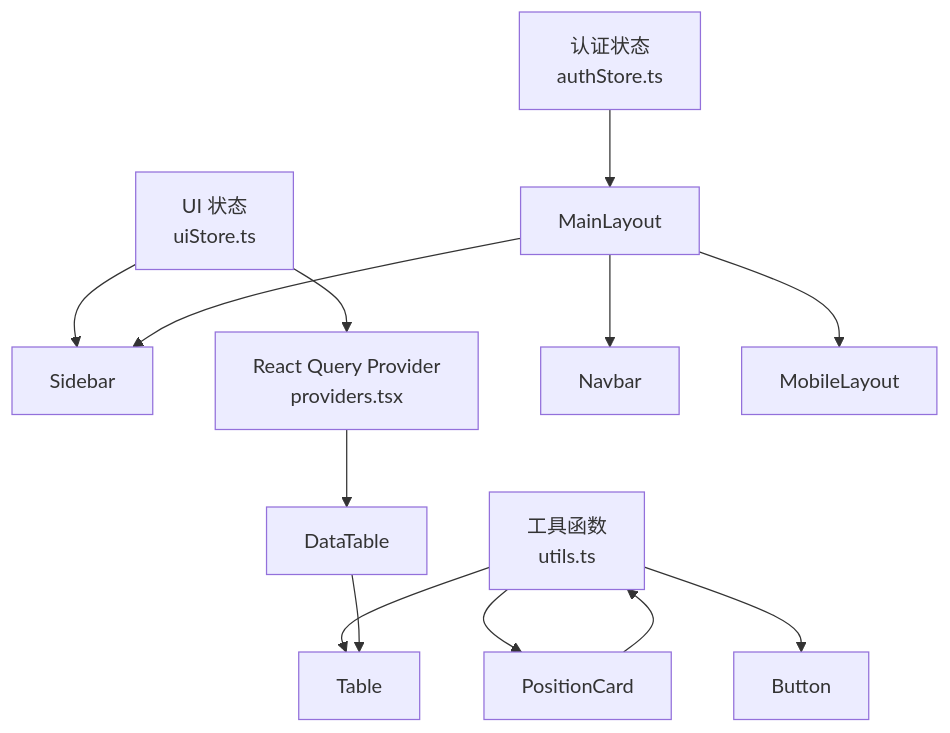
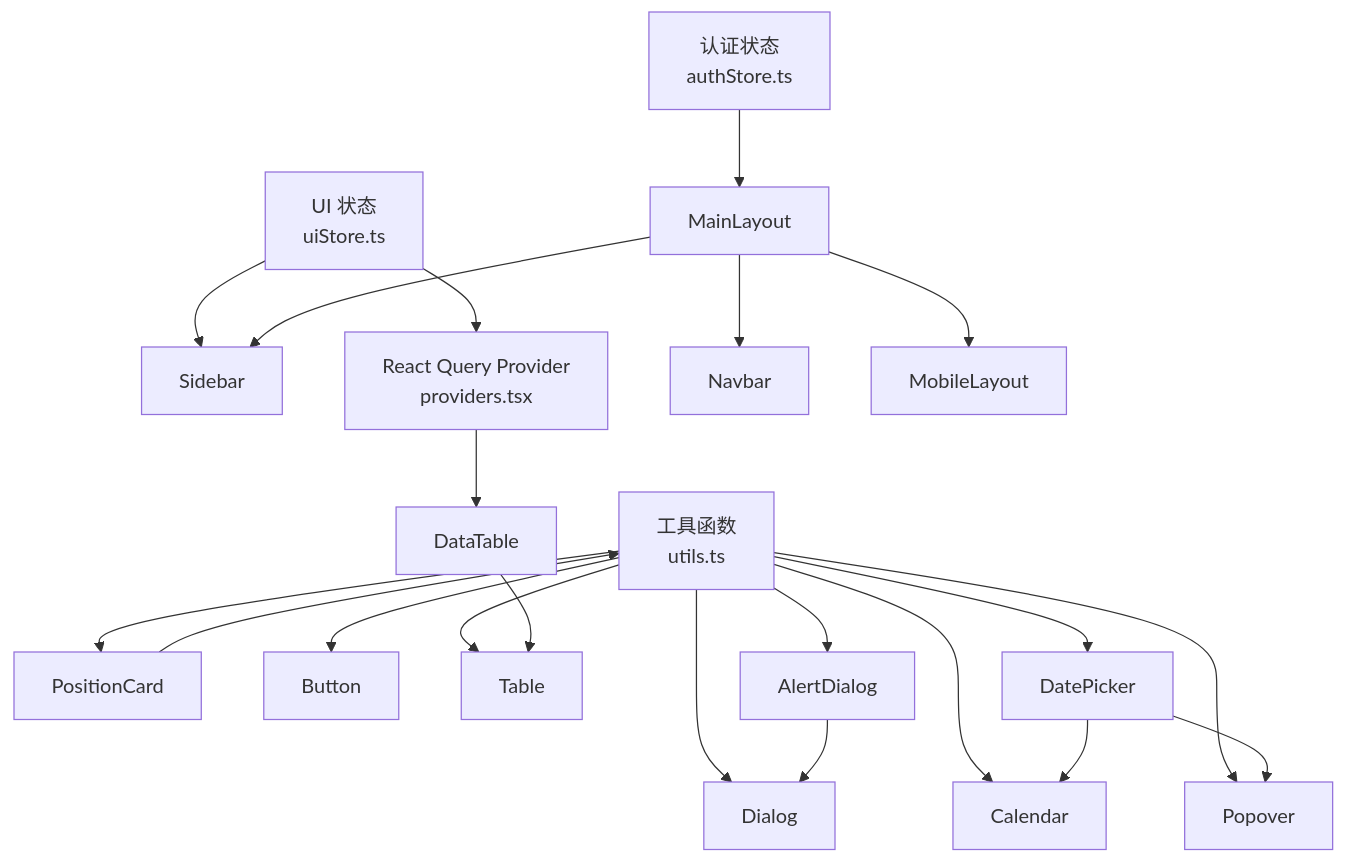
The second of 8 diagrams in .qoder/repowiki/zh/content/前端应用架构/组件系统架构/组件系统架构.md (gujialind/InvestRing), drawn with Mermaid before and after one commit. The commit also changed other lines of this file and 97 other files, not shown here.

````diff
--- a/.qoder/repowiki/zh/content/前端应用架构/组件系统架构/组件系统架构.md
+++ b/.qoder/repowiki/zh/content/前端应用架构/组件系统架构/组件系统架构.md
@@ -155,15 +191,23 @@
 ```mermaid
 graph TB
 AuthStore["认证状态<br/>authStore.ts"] --> MainLayout
 UIStore["UI 状态<br/>uiStore.ts"] --> Sidebar
 UIStore --> Providers
 Providers["React Query Provider<br/>providers.tsx"] --> DataTable
 Utils["工具函数<br/>utils.ts"] --> PositionCard
 Utils --> Button
 Utils --> Table
+Utils --> Dialog
+Utils --> AlertDialog
+Utils --> DatePicker
+Utils --> Calendar
+Utils --> Popover
 MainLayout --> Navbar
 MainLayout --> Sidebar
 MainLayout --> MobileLayout
 DataTable --> Table
 PositionCard --> Utils
+AlertDialog --> Dialog
+DatePicker --> Calendar
+DatePicker --> Popover
 ```
````
